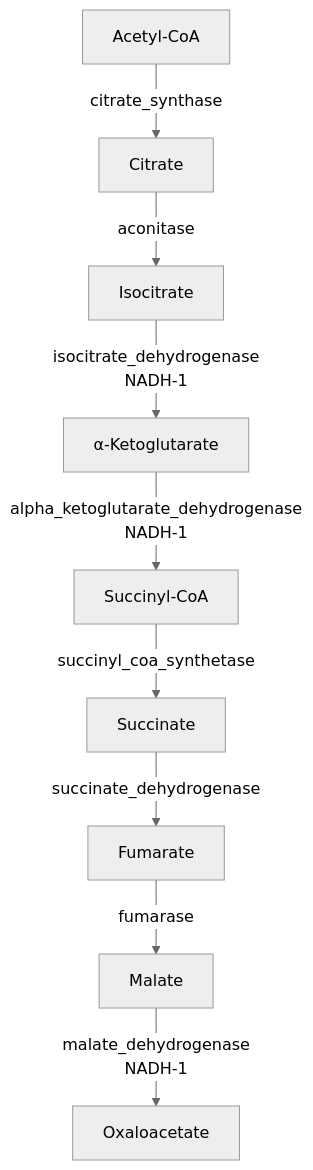
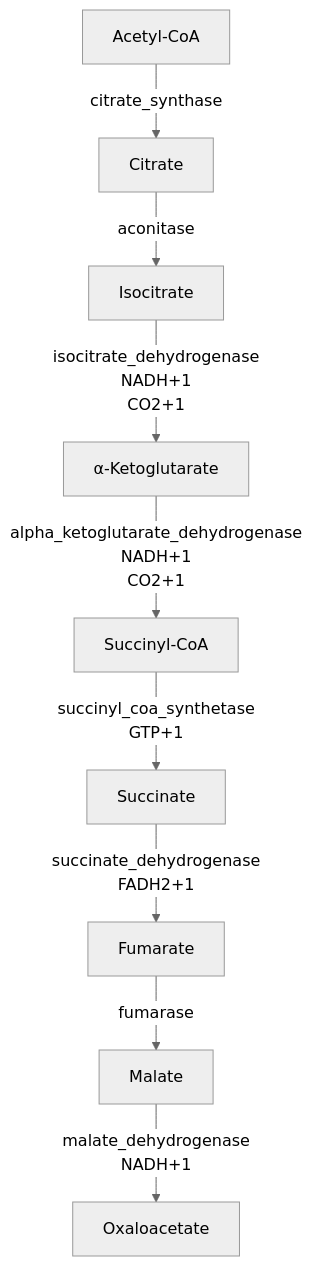
One commit to murffious/biology_as_code changed the diagram in src/biology_as_code/pathways/packs/tca_cycle/pathway.mermaid. Above: the diagram before and after it, drawn with Mermaid (neutral theme). The commit also changed 23 other files, not shown here.

Commit message:
refactor: standardize metabolic cofactor sign conventions, update pathway diagrams, and consolidate type definitions.

```diff
--- a/src/biology_as_code/pathways/packs/tca_cycle/pathway.mermaid
+++ b/src/biology_as_code/pathways/packs/tca_cycle/pathway.mermaid
@@ -1,20 +1,20 @@
 flowchart TD
   %% Auto-generated from registry pathway: tca_cycle
   %% Do not hand-edit; re-run scripts/export_pathway_packs.py
   acetyl_coa["Acetyl-CoA"]
   oxaloacetate["Oxaloacetate"]
   citrate["Citrate"]
   isocitrate["Isocitrate"]
   alpha_ketoglutarate["α-Ketoglutarate"]
   succinyl_coa["Succinyl-CoA"]
   succinate["Succinate"]
   fumarate["Fumarate"]
   malate["Malate"]
   acetyl_coa -->|"citrate_synthase"| citrate
   citrate -->|"aconitase"| isocitrate
-  isocitrate -->|"isocitrate_dehydrogenase<br/>NADH-1"| alpha_ketoglutarate
-  alpha_ketoglutarate -->|"alpha_ketoglutarate_dehydrogenase<br/>NADH-1"| succinyl_coa
-  succinyl_coa -->|"succinyl_coa_synthetase"| succinate
-  succinate -->|"succinate_dehydrogenase"| fumarate
+  isocitrate -->|"isocitrate_dehydrogenase<br/>NADH+1<br/>CO2+1"| alpha_ketoglutarate
+  alpha_ketoglutarate -->|"alpha_ketoglutarate_dehydrogenase<br/>NADH+1<br/>CO2+1"| succinyl_coa
+  succinyl_coa -->|"succinyl_coa_synthetase<br/>GTP+1"| succinate
+  succinate -->|"succinate_dehydrogenase<br/>FADH2+1"| fumarate
   fumarate -->|"fumarase"| malate
-  malate -->|"malate_dehydrogenase<br/>NADH-1"| oxaloacetate
+  malate -->|"malate_dehydrogenase<br/>NADH+1"| oxaloacetate
```
